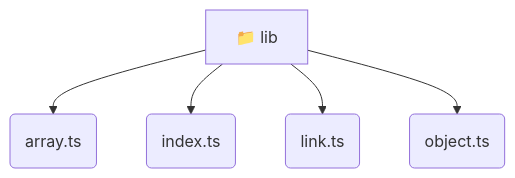
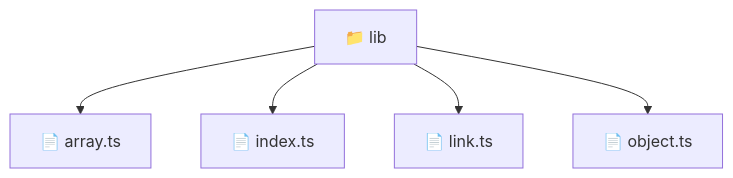
One commit to beginwebdev2002/fullstack-mavluda changed the diagram in frontend/src/shared/lib/README.md. Above: the diagram before and after it, drawn with Mermaid. The commit also changed other lines of this file and 163 other files, not shown here.

````diff
--- a/frontend/src/shared/lib/README.md
+++ b/frontend/src/shared/lib/README.md
@@ -11,8 +10,8 @@
 ```mermaid
 graph TD
-  lib[📁 lib]
-  lib --> lib_array_ts(array.ts)
-  lib --> lib_index_ts(index.ts)
-  lib --> lib_link_ts(link.ts)
-  lib --> lib_object_ts(object.ts)
+  Root["📁 lib"]
+  Root --> arrayts["📄 array.ts"]
+  Root --> indexts["📄 index.ts"]
+  Root --> linkts["📄 link.ts"]
+  Root --> objectts["📄 object.ts"]
 ```
````
